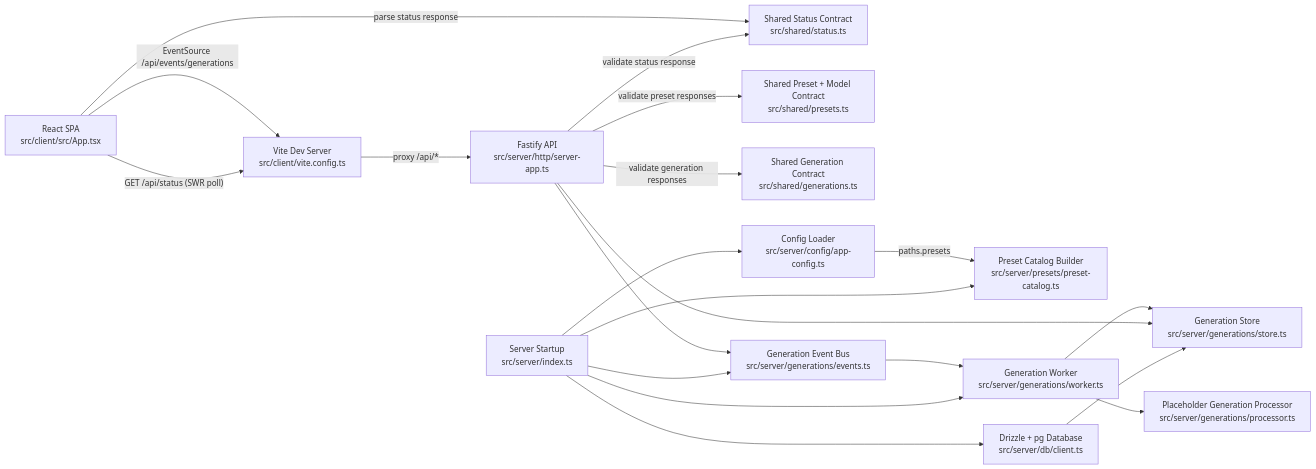
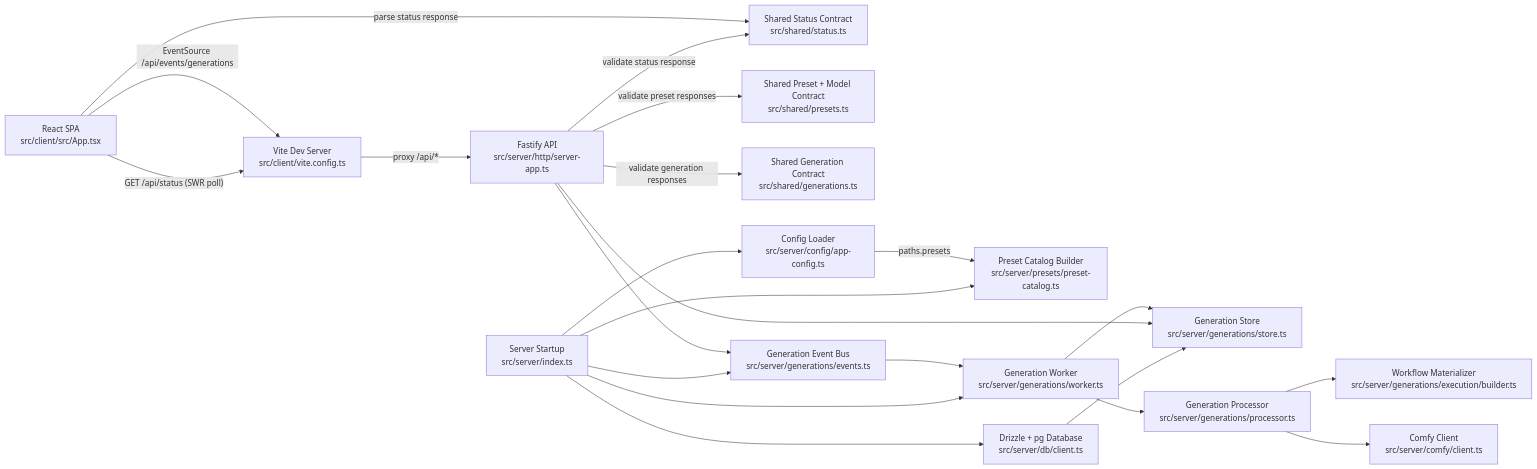
The first of 3 diagrams in docs/architecture.MD (marianban/fuzzy-guacamole), drawn with Mermaid before and after one commit. The commit also changed other lines of this file and 14 other files, not shown here.

````diff
--- a/docs/architecture.MD
+++ b/docs/architecture.MD
@@ -7,37 +7,41 @@
 ```mermaid
 flowchart LR
   Browser["React SPA<br/>src/client/src/App.tsx"]
   Vite["Vite Dev Server<br/>src/client/vite.config.ts"]
   API["Fastify API<br/>src/server/http/server-app.ts"]
   SharedStatus["Shared Status Contract<br/>src/shared/status.ts"]
   SharedPresets["Shared Preset + Model Contract<br/>src/shared/presets.ts"]
   SharedGenerations["Shared Generation Contract<br/>src/shared/generations.ts"]
   Startup["Server Startup<br/>src/server/index.ts"]
   Config["Config Loader<br/>src/server/config/app-config.ts"]
   Presets["Preset Catalog Builder<br/>src/server/presets/preset-catalog.ts"]
   Database["Drizzle + pg Database<br/>src/server/db/client.ts"]
   GenerationStore["Generation Store<br/>src/server/generations/store.ts"]
   GenerationEvents["Generation Event Bus<br/>src/server/generations/events.ts"]
   Worker["Generation Worker<br/>src/server/generations/worker.ts"]
-  Processor["Placeholder Generation Processor<br/>src/server/generations/processor.ts"]
+  Processor["Generation Processor<br/>src/server/generations/processor.ts"]
+  Builder["Workflow Materializer<br/>src/server/generations/execution/builder.ts"]
+  Comfy["Comfy Client<br/>src/server/comfy/client.ts"]
 
   Browser -->|"GET /api/status (SWR poll)"| Vite
   Browser -->|"EventSource /api/events/generations"| Vite
   Vite -->|"proxy /api/*"| API
   API -->|"validate status response"| SharedStatus
   API -->|"validate preset responses"| SharedPresets
   API -->|"validate generation responses"| SharedGenerations
   Browser -->|"parse status response"| SharedStatus
   Startup --> Config
   Startup --> Presets
   Startup --> Database
   Startup --> GenerationEvents
   Startup --> Worker
   Config -->|"paths.presets"| Presets
   Database --> GenerationStore
   API --> GenerationStore
   API --> GenerationEvents
   GenerationEvents --> Worker
   Worker --> GenerationStore
   Worker --> Processor
+  Processor --> Builder
+  Processor --> Comfy
 ```
````
